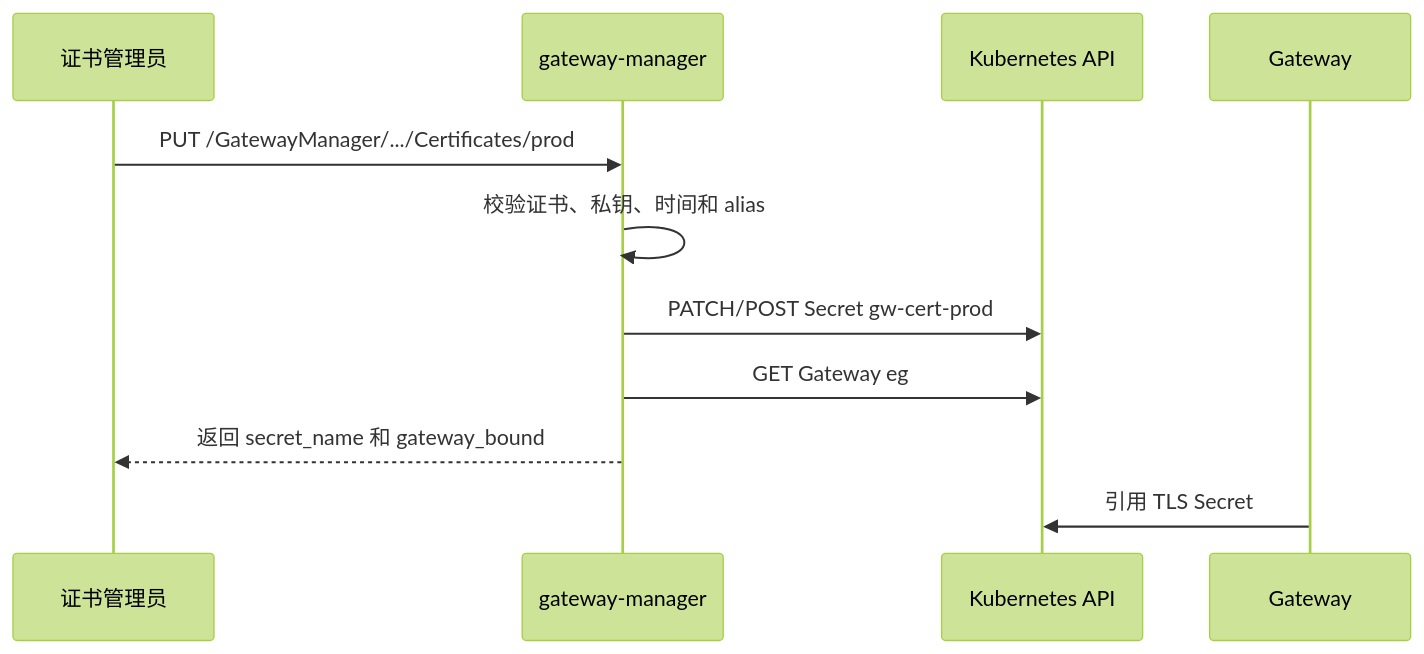
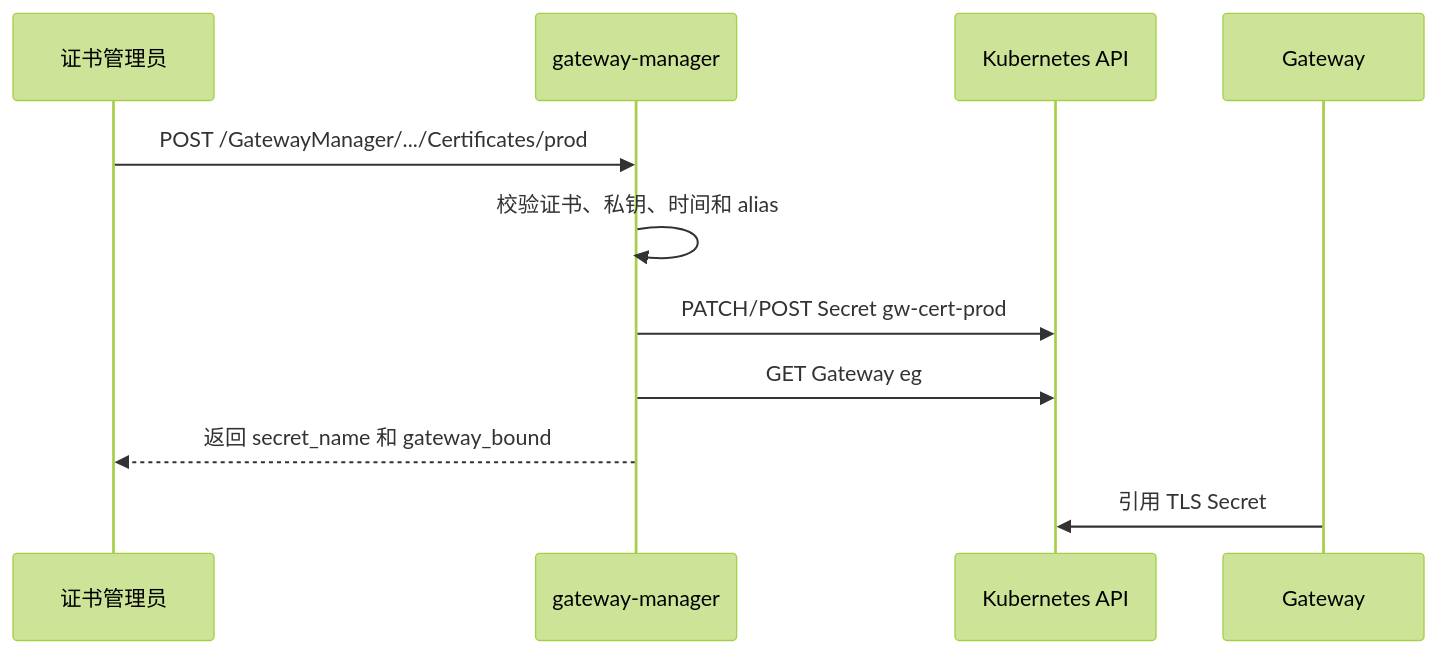
One commit to xiewanchao/aidp-iam changed the second of 2 diagrams in open-source-introduction-materials/story-one-click-deployment-cert-observability.md. Above: the diagram before and after it, drawn with Mermaid (forest theme). The commit also changed other lines of this file and 15 other files, not shown here.

````diff
--- a/open-source-introduction-materials/story-one-click-deployment-cert-observability.md
+++ b/open-source-introduction-materials/story-one-click-deployment-cert-observability.md
@@ -117,14 +117,14 @@
 ```mermaid
 sequenceDiagram
     participant Admin as 证书管理员
     participant CM as gateway-manager
     participant K8s as Kubernetes API
     participant GW as Gateway
 
-    Admin->>CM: PUT /GatewayManager/.../Certificates/prod
+    Admin->>CM: POST /GatewayManager/.../Certificates/prod
     CM->>CM: 校验证书、私钥、时间和 alias
     CM->>K8s: PATCH/POST Secret gw-cert-prod
     CM->>K8s: GET Gateway eg
     CM-->>Admin: 返回 secret_name 和 gateway_bound
     GW->>K8s: 引用 TLS Secret
 ```
````
